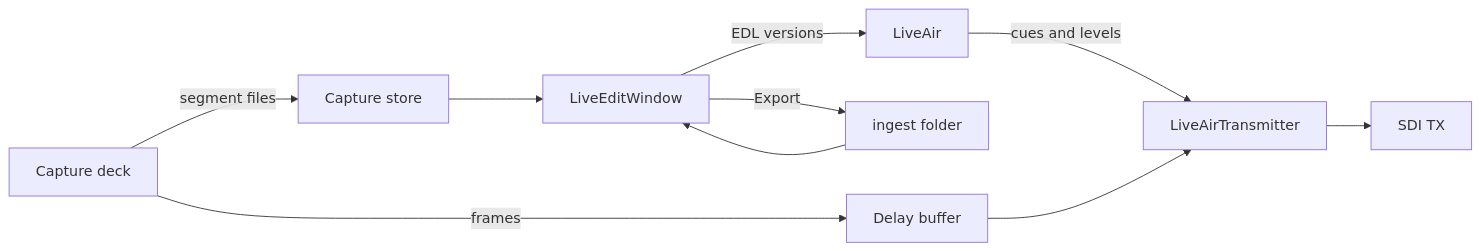
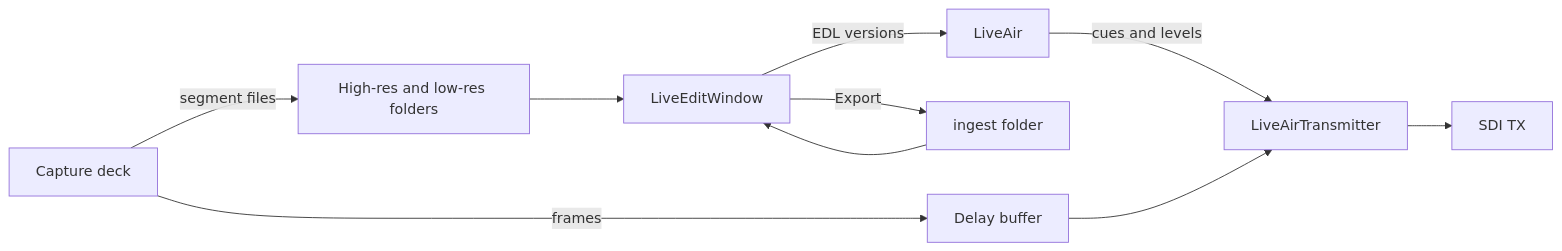
One commit to MdelarosaArcX/Emerald-EDL-Ingest changed the first of 2 diagrams in DOCUMENTATION/13_LIVE_EDIT_GUIDE.md. Above: the diagram before and after it, drawn with Mermaid. The commit also changed other lines of this file and 72 other files, not shown here.

````diff
--- a/DOCUMENTATION/13_LIVE_EDIT_GUIDE.md
+++ b/DOCUMENTATION/13_LIVE_EDIT_GUIDE.md
@@ -57,12 +57,12 @@
 ```mermaid
 flowchart LR
-    Deck["Capture deck"] -->|"segment files"| Store["Capture store"]
+    Deck["Capture deck"] -->|"segment files"| Store["High-res and low-res folders"]
     Deck -->|"frames"| Ring["Delay buffer"]
     Store --> Win["LiveEditWindow"]
     Win -->|"Export"| Ingest["ingest folder"]
     Ingest --> Win
     Win -->|"EDL versions"| Air["LiveAir"]
     Air -->|"cues and levels"| Tx["LiveAirTransmitter"]
     Ring --> Tx
     Tx --> Out["SDI TX"]
 ```
````
